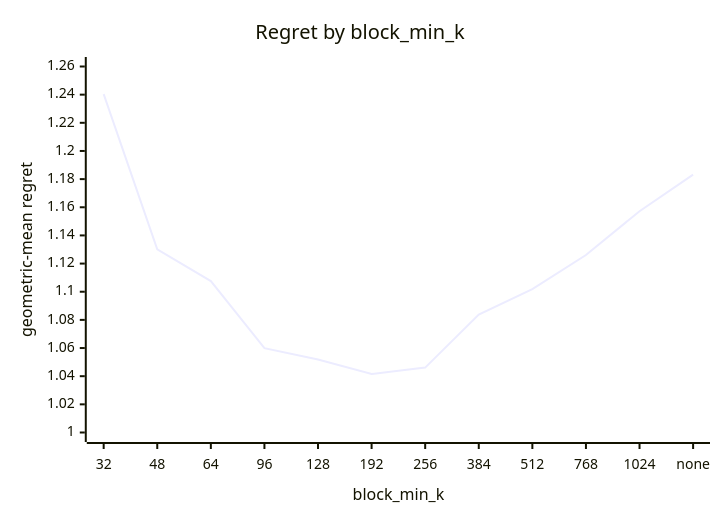
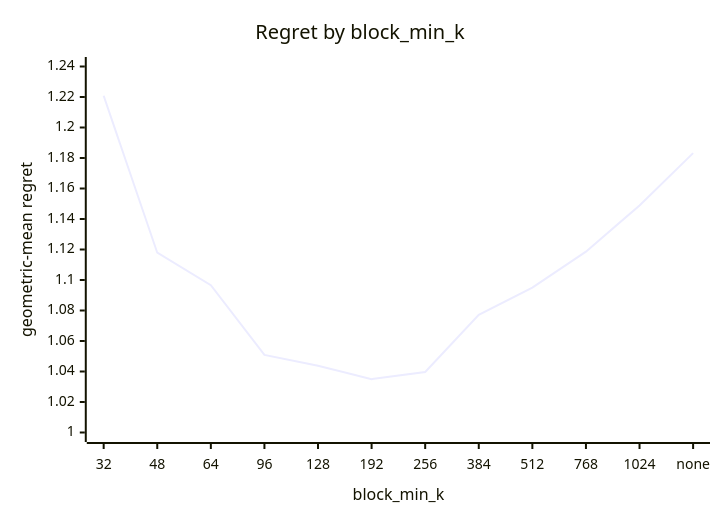
Before and after one commit to c0rmac/metal-linalg: the first of 8 diagrams in docs/results/apple-m5-pro-20gpu/combined/svd/report.md, drawn with Mermaid. The commit also changed other lines of this file and 9 other files, not shown here.

````diff
--- a/docs/results/apple-m5-pro-20gpu/combined/svd/report.md
+++ b/docs/results/apple-m5-pro-20gpu/combined/svd/report.md
@@ -52,7 +53,7 @@
 ```mermaid
 xychart-beta
     title "Regret by block_min_k"
     x-axis "block_min_k" [32, 48, 64, 96, 128, 192, 256, 384, 512, 768, 1024, none]
-    y-axis "geometric-mean regret" 1.0 --> 1.26
-    line [1.2404, 1.1301, 1.1076, 1.0599, 1.0519, 1.0416, 1.0461, 1.0838, 1.1019, 1.1261, 1.1572, 1.1832]
+    y-axis "geometric-mean regret" 1.0 --> 1.24
+    line [1.2208, 1.1179, 1.0966, 1.0509, 1.0438, 1.0350, 1.0397, 1.0772, 1.0950, 1.1186, 1.1489, 1.1832]
 ```
````
